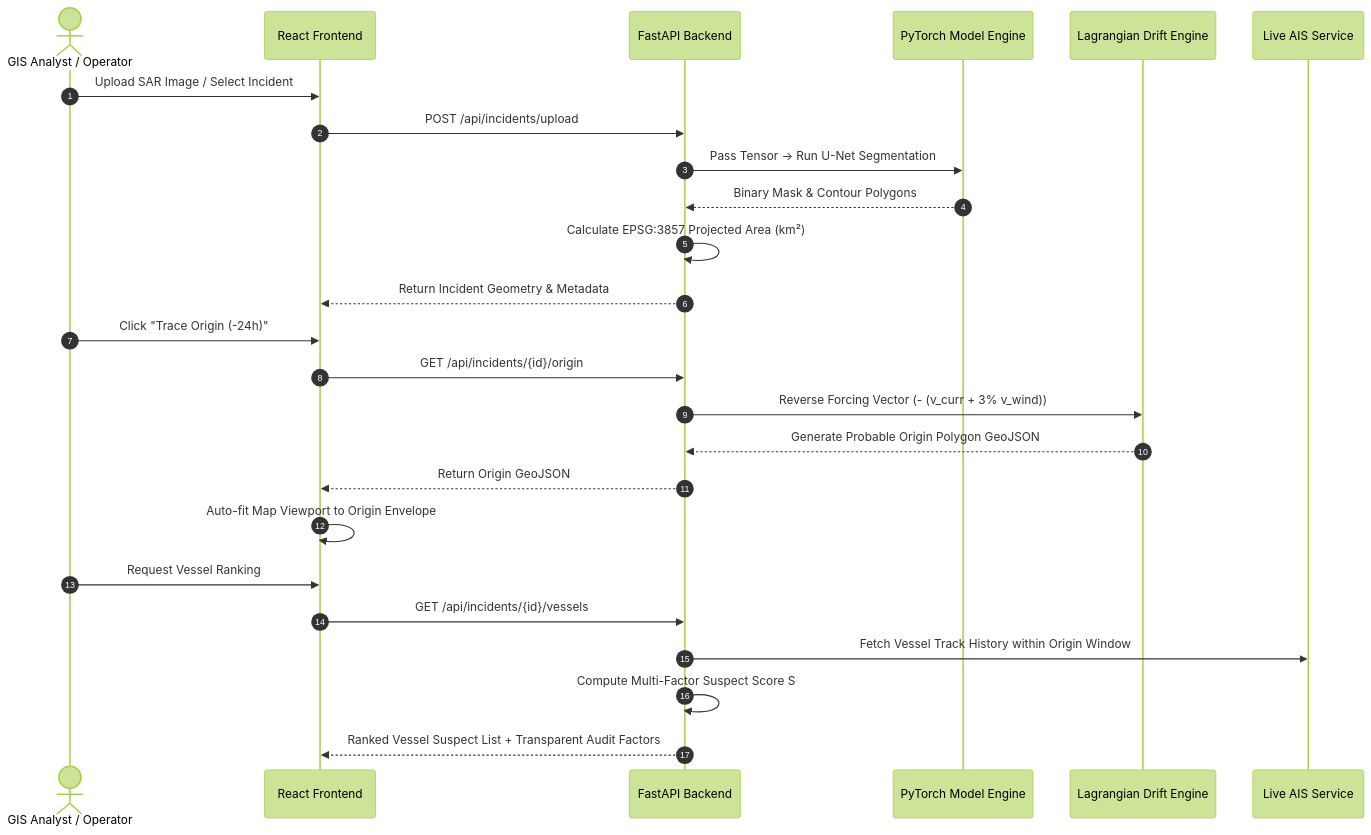
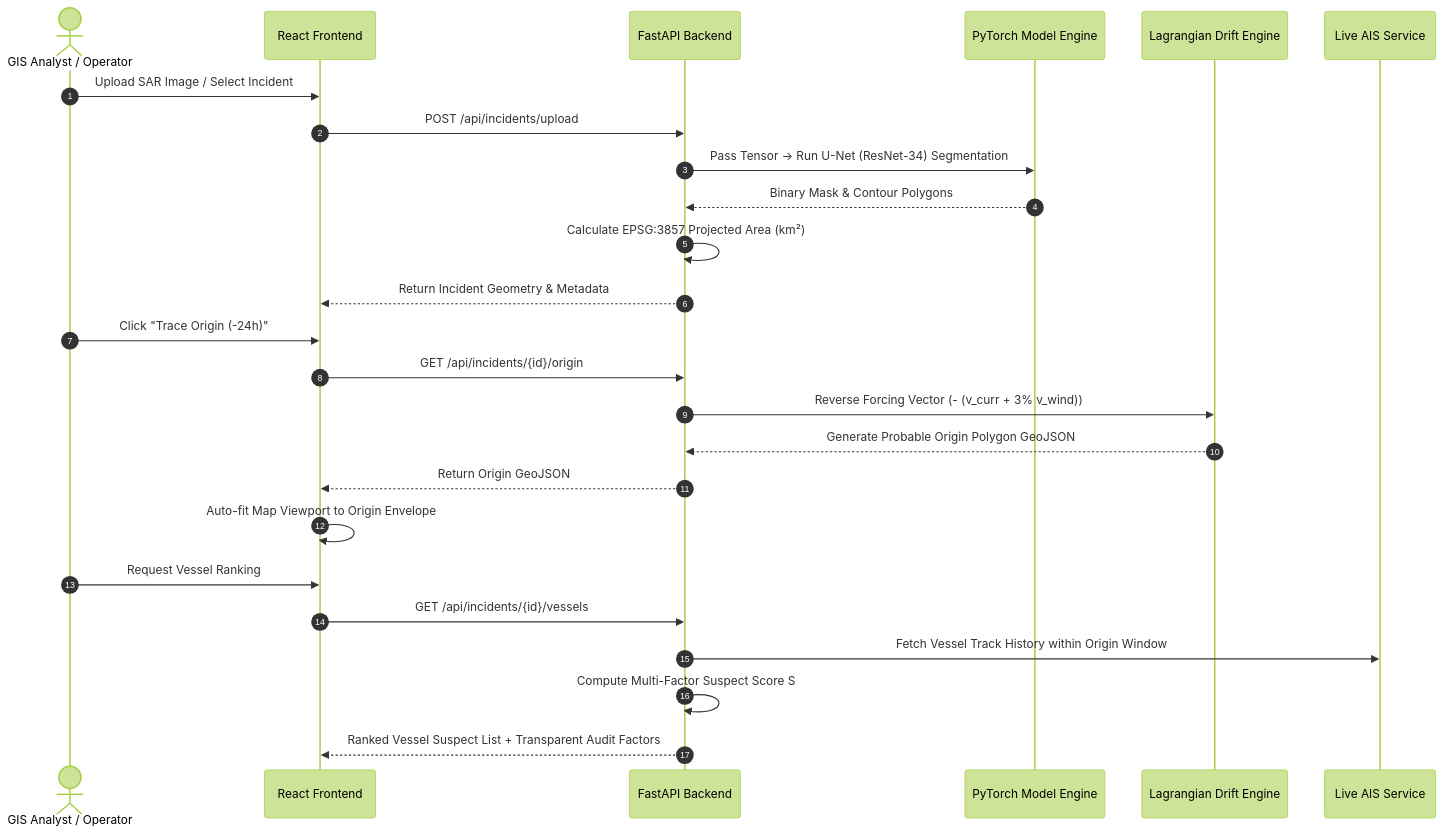
Before and after one commit to basic30/sagar-netra: the second of 4 diagrams in README.md, drawn with Mermaid (forest theme). The commit also changed other lines of this file, not shown here.

Commit message:
docs: update README to specify PyTorch U-Net architecture details

````diff
--- a/README.md
+++ b/README.md
@@ -90,30 +90,30 @@
 ```mermaid
 sequenceDiagram
     autonumber
     actor Operator as GIS Analyst / Operator
     participant FE as React Frontend
     participant BE as FastAPI Backend
     participant ML as PyTorch Model Engine
     participant Physics as Lagrangian Drift Engine
     participant AIS as Live AIS Service
 
     Operator->>FE: Upload SAR Image / Select Incident
     FE->>BE: POST /api/incidents/upload
-    BE->>ML: Pass Tensor -> Run U-Net Segmentation
+    BE->>ML: Pass Tensor -> Run U-Net (ResNet-34) Segmentation
     ML-->>BE: Binary Mask & Contour Polygons
     BE->>BE: Calculate EPSG:3857 Projected Area (km²)
     BE-->>FE: Return Incident Geometry & Metadata
 
     Operator->>FE: Click "Trace Origin (-24h)"
     FE->>BE: GET /api/incidents/{id}/origin
     BE->>Physics: Reverse Forcing Vector (- (v_curr + 3% v_wind))
     Physics-->>BE: Generate Probable Origin Polygon GeoJSON
     BE-->>FE: Return Origin GeoJSON
     FE->>FE: Auto-fit Map Viewport to Origin Envelope
 
     Operator->>FE: Request Vessel Ranking
     FE->>BE: GET /api/incidents/{id}/vessels
     BE->>AIS: Fetch Vessel Track History within Origin Window
     BE->>BE: Compute Multi-Factor Suspect Score S
     BE-->>FE: Ranked Vessel Suspect List + Transparent Audit Factors
 ```
````
